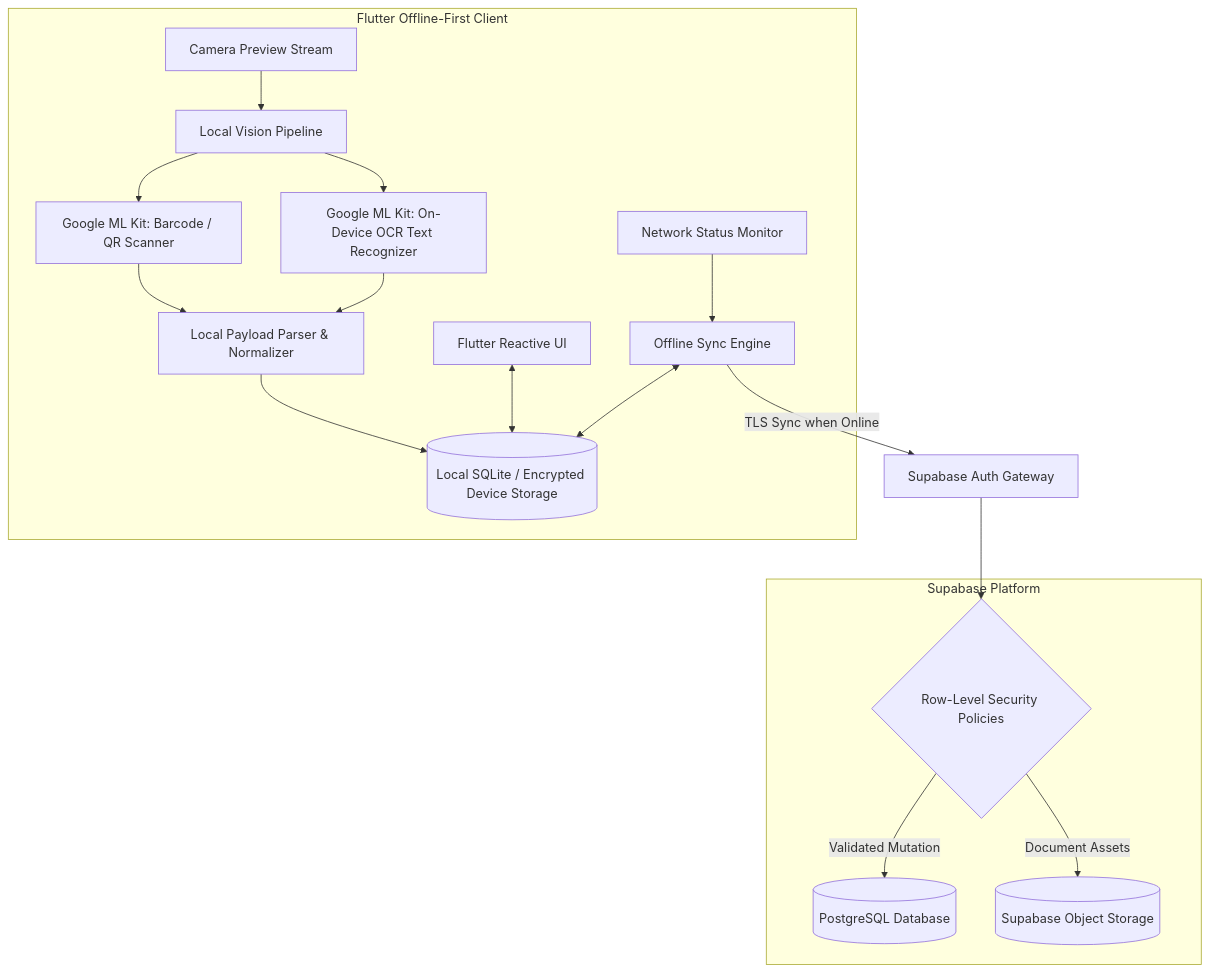
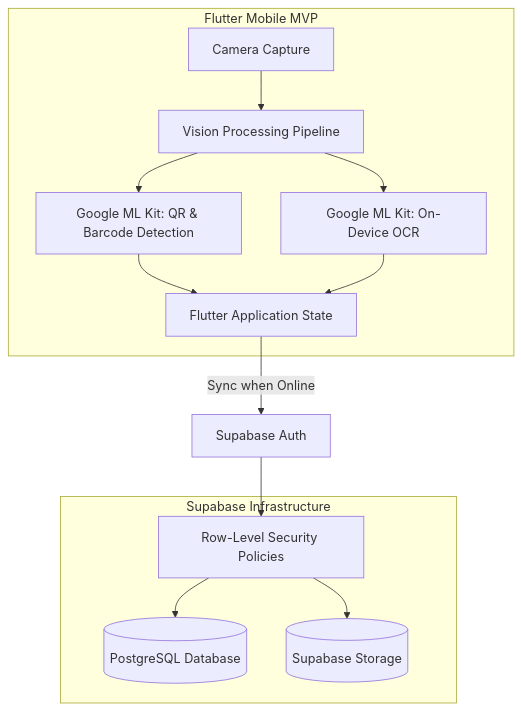
Before and after one commit to qproyect/qproject-showcase: the diagram in case-studies/umi.md, drawn with Mermaid. The commit also changed other lines of this file and 8 other files, not shown here.

````diff
--- a/case-studies/umi.md
+++ b/case-studies/umi.md
@@ -24,25 +23,19 @@
 ```mermaid
 graph TD
-    subgraph Mobile Device [Flutter Offline-First Client]
-        CameraStream[Camera Preview Stream] --> VisionPipeline[Local Vision Pipeline]
-        VisionPipeline --> MLKitQR[Google ML Kit: Barcode / QR Scanner]
-        VisionPipeline --> MLKitOCR[Google ML Kit: On-Device OCR Text Recognizer]
+    subgraph Mobile Client [Flutter Mobile MVP]
+        Camera[Camera Capture] --> VisionEngine[Vision Processing Pipeline]
+        VisionEngine --> MLKitQR[Google ML Kit: QR & Barcode Detection]
+        VisionEngine --> MLKitOCR[Google ML Kit: On-Device OCR]
 
-        MLKitQR --> Parser[Local Payload Parser & Normalizer]
-        MLKitOCR --> Parser
-
-        Parser --> LocalDB[(Local SQLite / Encrypted Device Storage)]
-        UI[Flutter Reactive UI] <--> LocalDB
-
-        SyncManager[Offline Sync Engine] <--> LocalDB
-        NetworkMonitor[Network Status Monitor] --> SyncManager
+        MLKitQR --> LocalApp[Flutter Application State]
+        MLKitOCR --> LocalApp
     end
 
-    SyncManager -->|TLS Sync when Online| SupabaseAuth[Supabase Auth Gateway]
-    SupabaseAuth --> RLSGate{Row-Level Security Policies}
+    LocalApp -->|Sync when Online| SupabaseAuth[Supabase Auth]
+    SupabaseAuth --> RLS[Row-Level Security Policies]
 
-    subgraph Cloud Infrastructure [Supabase Platform]
-        RLSGate -->|Validated Mutation| CloudDB[(PostgreSQL Database)]
-        RLSGate -->|Document Assets| CloudStorage[(Supabase Object Storage)]
+    subgraph Backend Cloud [Supabase Infrastructure]
+        RLS --> Database[(PostgreSQL Database)]
+        RLS --> Storage[(Supabase Storage)]
     end
 ```
````
